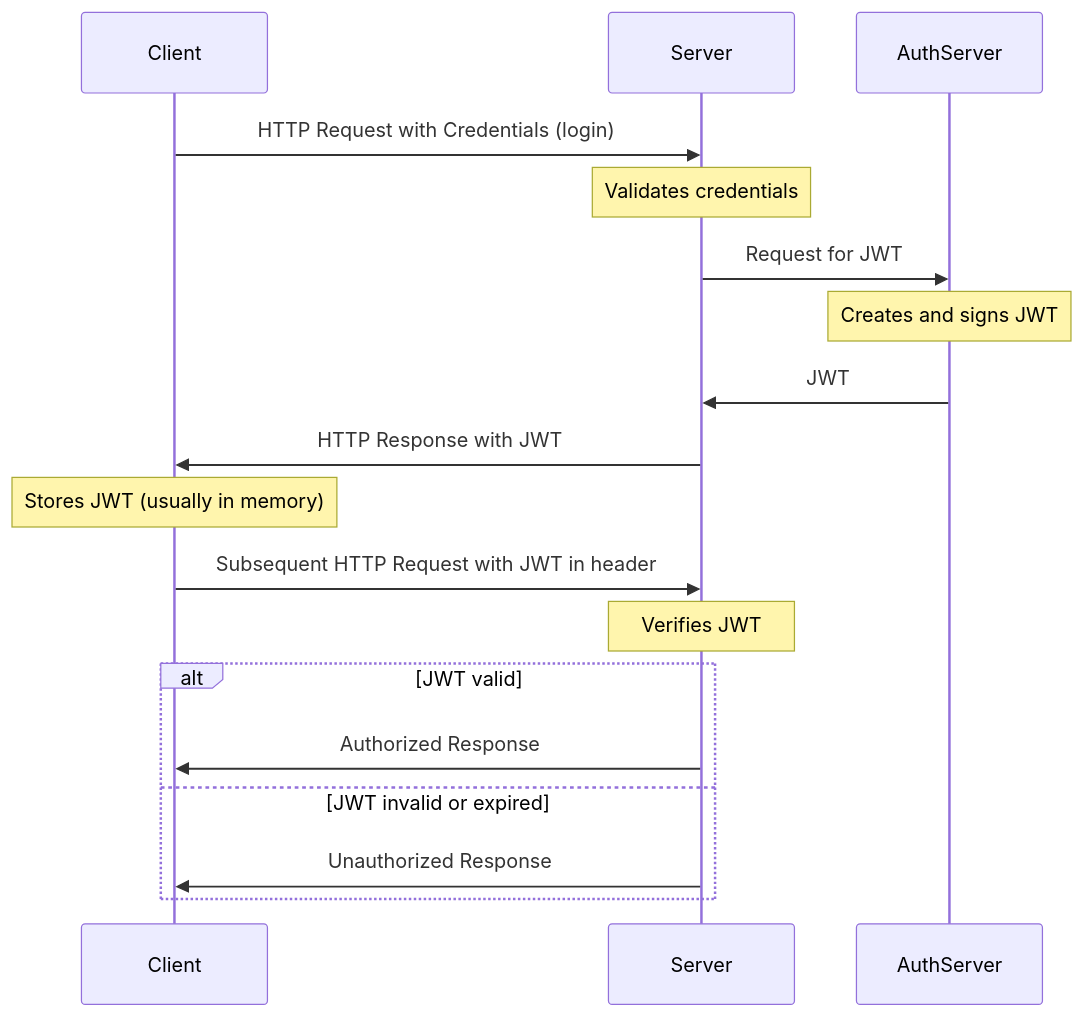
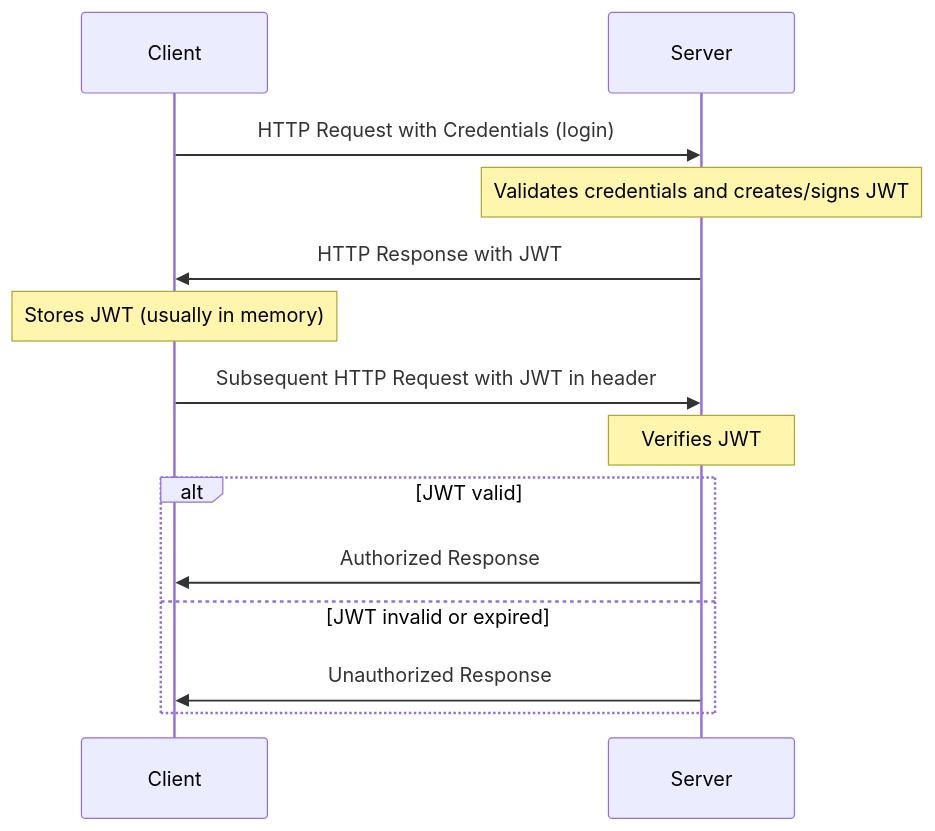
The second of 2 diagrams in Week12/authentication.md (ilkkamtk/fullstack), drawn with Mermaid before and after one commit.

Commit message:
Refactor JWT authentication sequence diagram for clarity and conciseness

````diff
--- a/Week12/authentication.md
+++ b/Week12/authentication.md
@@ -81,22 +81,17 @@
 ```mermaid
 sequenceDiagram
     participant Client
     participant Server
-    participant AuthServer
+  Client->>Server: HTTP Request with Credentials (login)
+  Note over Server: Validates credentials and creates/signs JWT
+  Server->>Client: HTTP Response with JWT
+  Note over Client: Stores JWT (usually in memory)
 
-    Client->>Server: HTTP Request with Credentials (login)
-    Note over Server: Validates credentials
-    Server->>AuthServer: Request for JWT
-    Note over AuthServer: Creates and signs JWT
-    AuthServer->>Server: JWT
-    Server->>Client: HTTP Response with JWT
-    Note over Client: Stores JWT (usually in memory)
-
-    Client->>Server: Subsequent HTTP Request with JWT in header
-    Note over Server: Verifies JWT
-    alt JWT valid
-        Server->>Client: Authorized Response
-    else JWT invalid or expired
-        Server->>Client: Unauthorized Response
-    end
+  Client->>Server: Subsequent HTTP Request with JWT in header
+  Note over Server: Verifies JWT
+  alt JWT valid
+    Server->>Client: Authorized Response
+  else JWT invalid or expired
+    Server->>Client: Unauthorized Response
+  end
 ```
````
